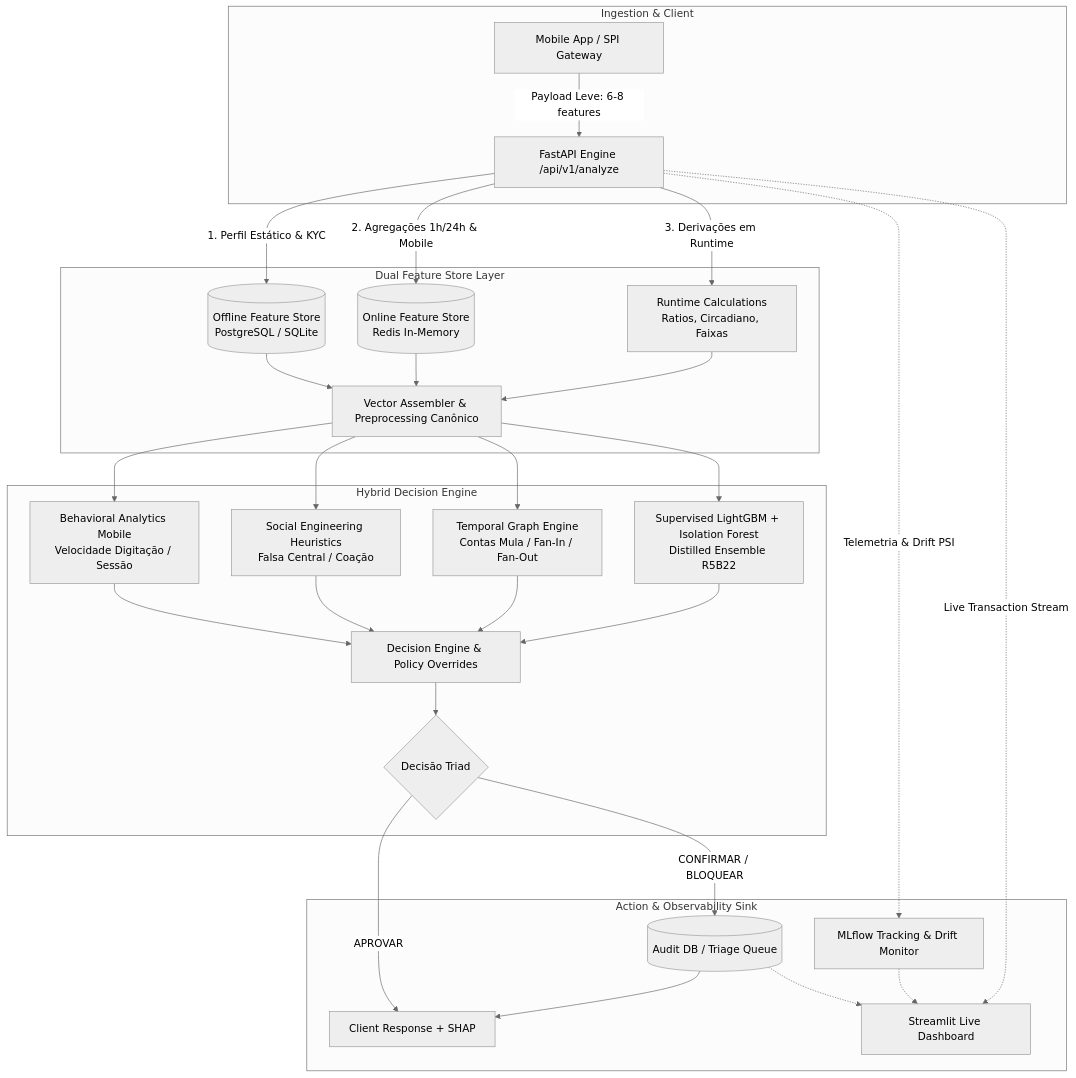
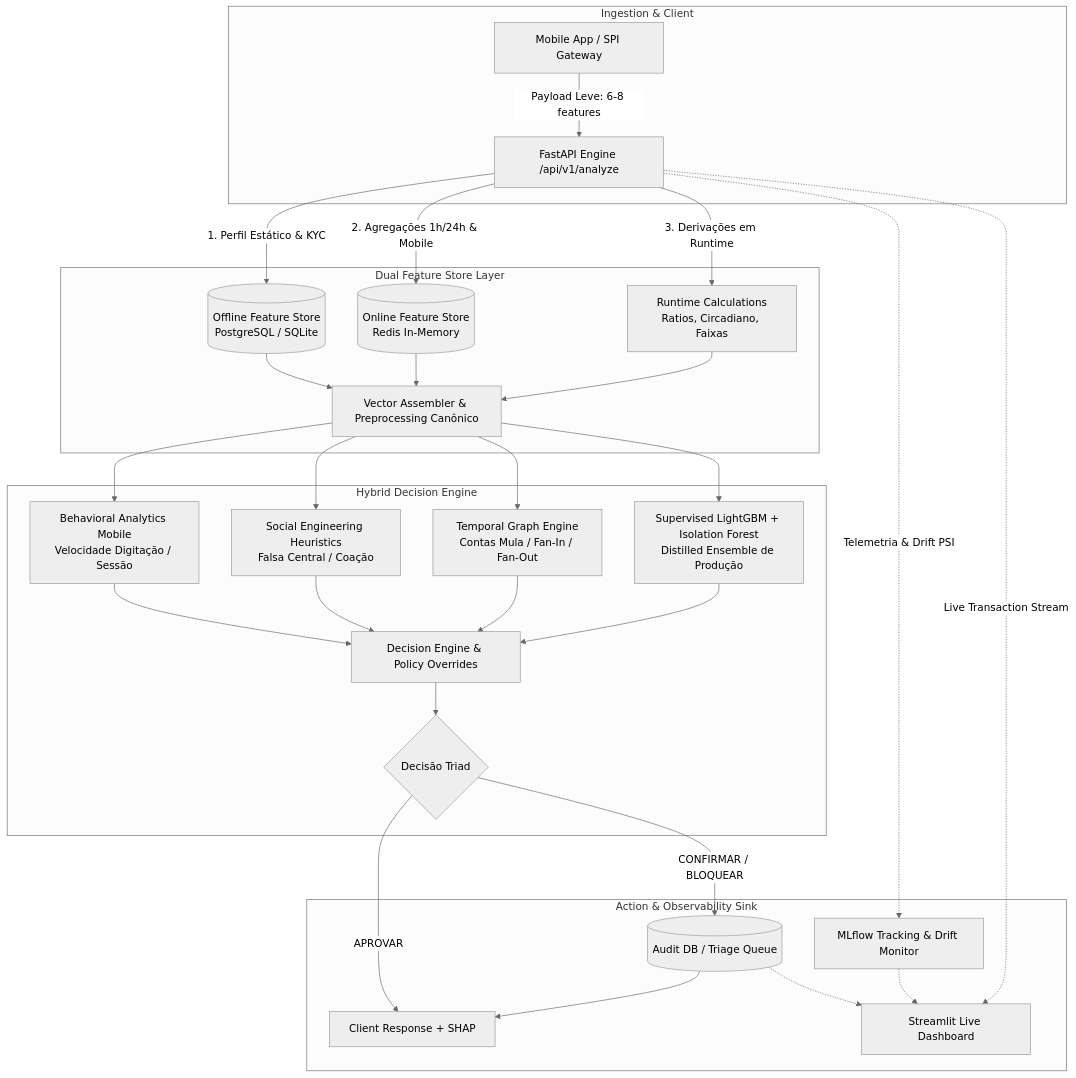
One commit to Masteradilio/sentinel_pix changed the diagram in README_PT.md. Above: the diagram before and after it, drawn with Mermaid (neutral theme). The commit also changed other lines of this file and 4 other files, not shown here.

````diff
--- a/README_PT.md
+++ b/README_PT.md
@@ -34,32 +34,32 @@
 ```mermaid
 flowchart TD
     subgraph Ingestion & Client
         A[Mobile App / SPI Gateway] -->|Payload Leve: 6-8 features| B[FastAPI Engine /api/v1/analyze]
     end
 
     subgraph Dual Feature Store Layer
         B -->|1. Perfil Estático & KYC| C1[(Offline Feature Store<br/>PostgreSQL / SQLite)]
         B -->|2. Agregações 1h/24h & Mobile| C2[(Online Feature Store<br/>Redis In-Memory)]
         B -->|3. Derivações em Runtime| C3[Runtime Calculations<br/>Ratios, Circadiano, Faixas]
         C1 & C2 & C3 --> D[Vector Assembler & Preprocessing Canônico]
     end
 
     subgraph Hybrid Decision Engine
         D --> E1[Behavioral Analytics Mobile<br/>Velocidade Digitação / Sessão]
         D --> E2[Social Engineering Heuristics<br/>Falsa Central / Coação]
         D --> E3[Temporal Graph Engine<br/>Contas Mula / Fan-In / Fan-Out]
-        D --> E4[Supervised LightGBM + Isolation Forest<br/>Distilled Ensemble R5B22]
+        D --> E4[Supervised LightGBM + Isolation Forest<br/>Distilled Ensemble de Produção]
         E1 & E2 & E3 & E4 --> F[Decision Engine & Policy Overrides]
         F --> G{Decisão Triad}
     end
 
     subgraph Action & Observability Sink
         G -->|APROVAR| H1[Client Response + SHAP]
         G -->|CONFIRMAR / BLOQUEAR| H2[(Audit DB / Triage Queue)]
         H2 --> H1
         B -.->|Telemetria & Drift PSI| I[MLflow Tracking & Drift Monitor]
         B -.->|Live Transaction Stream| J[Streamlit Live Dashboard]
         I -.-> J
         H2 -.-> J
     end
 ```
````
